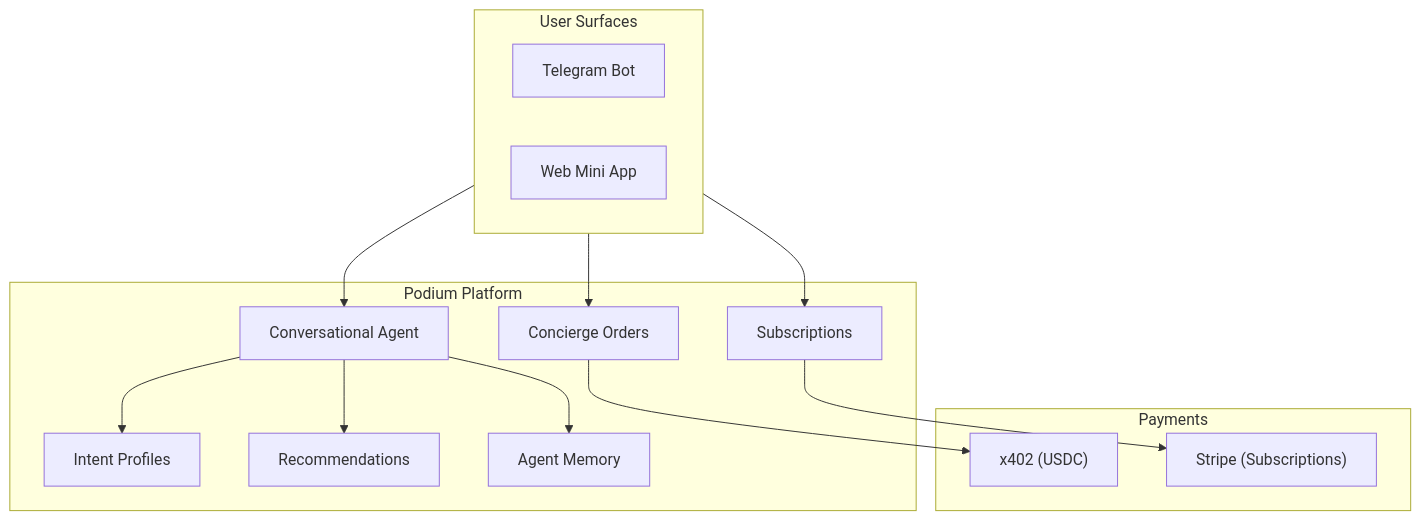
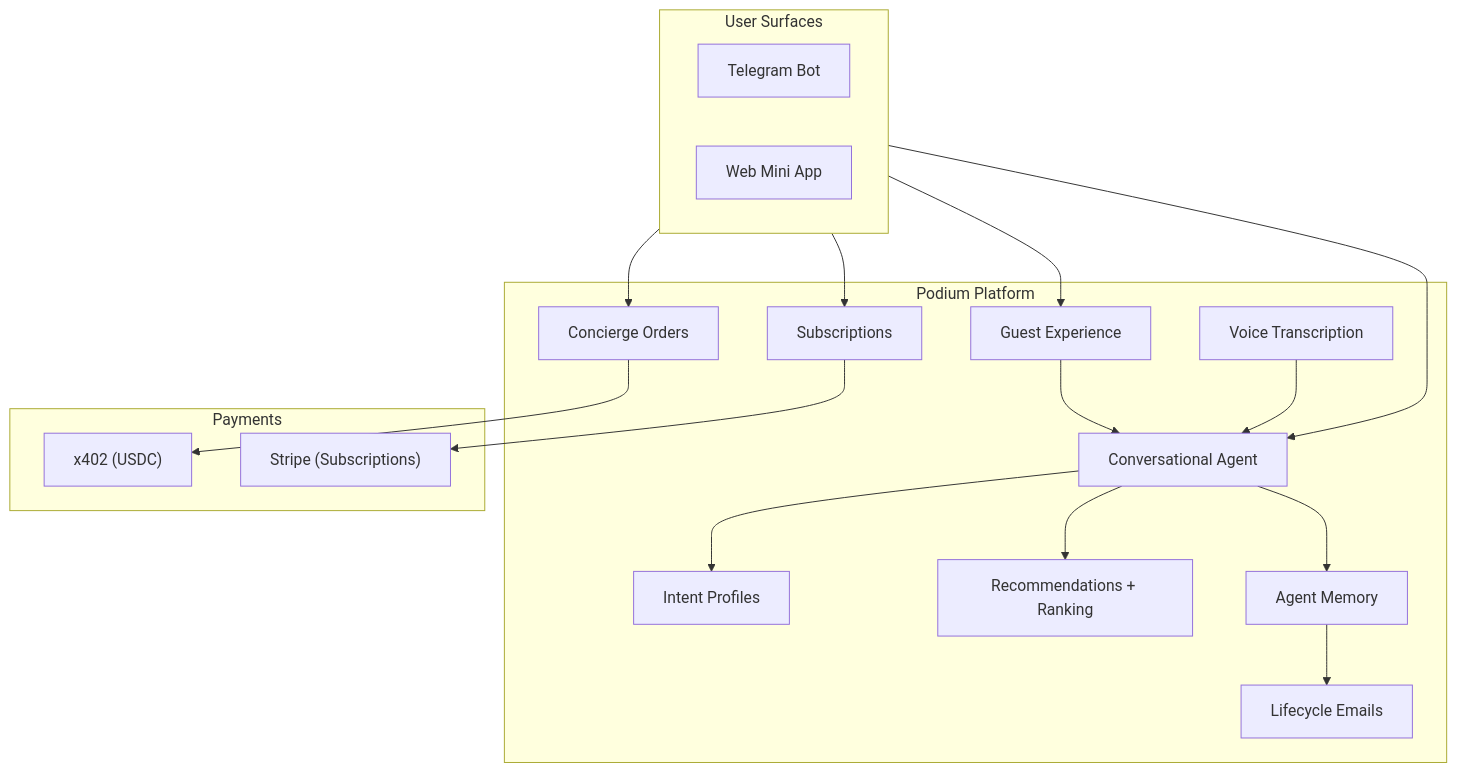
One commit to kiki-world-01/Docs changed the first of 2 diagrams in agentic/beauty-companion.mdx. Above: the diagram before and after it, drawn with Mermaid. The commit also changed other lines of this file and 14 other files, not shown here.

````diff
--- a/agentic/beauty-companion.mdx
+++ b/agentic/beauty-companion.mdx
@@ -67,28 +99,34 @@
 ```mermaid
 graph TB
     subgraph surfaces ["User Surfaces"]
         Bot["Telegram Bot"]
         Web["Web Mini App"]
     end
 
     subgraph podium ["Podium Platform"]
+        Guest["Guest Experience"]
         Agent["Conversational Agent"]
+        Voice["Voice Transcription"]
         Profiles["Intent Profiles"]
-        Recs["Recommendations"]
+        Recs["Recommendations + Ranking"]
         Subs["Subscriptions"]
         Orders["Concierge Orders"]
         Memory["Agent Memory"]
+        Email["Lifecycle Emails"]
     end
 
     subgraph payments ["Payments"]
         x402["x402 (USDC)"]
         Stripe["Stripe (Subscriptions)"]
     end
 
+    surfaces --> Guest --> Agent
     surfaces --> Agent
+    Voice --> Agent
     Agent --> Profiles
     Agent --> Recs
     Agent --> Memory
+    Memory --> Email
     surfaces --> Subs --> Stripe
     surfaces --> Orders --> x402
 ```
````
